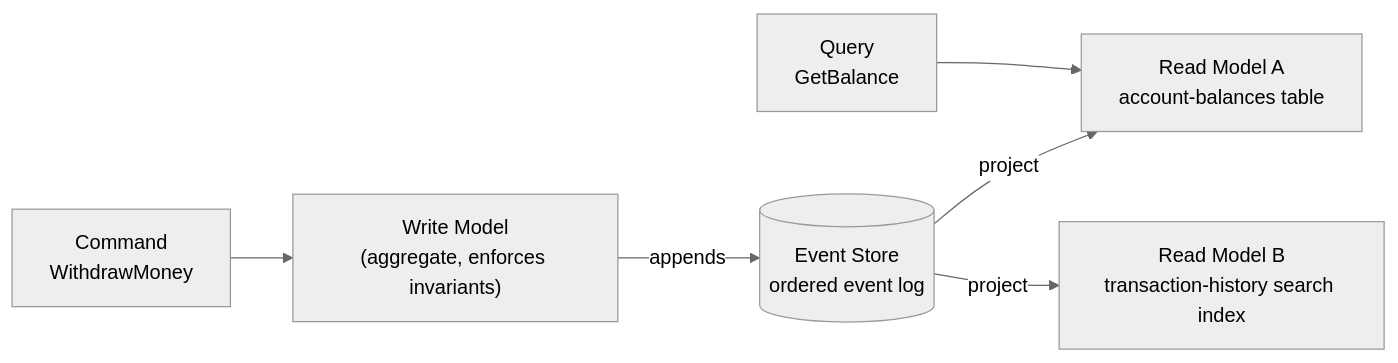
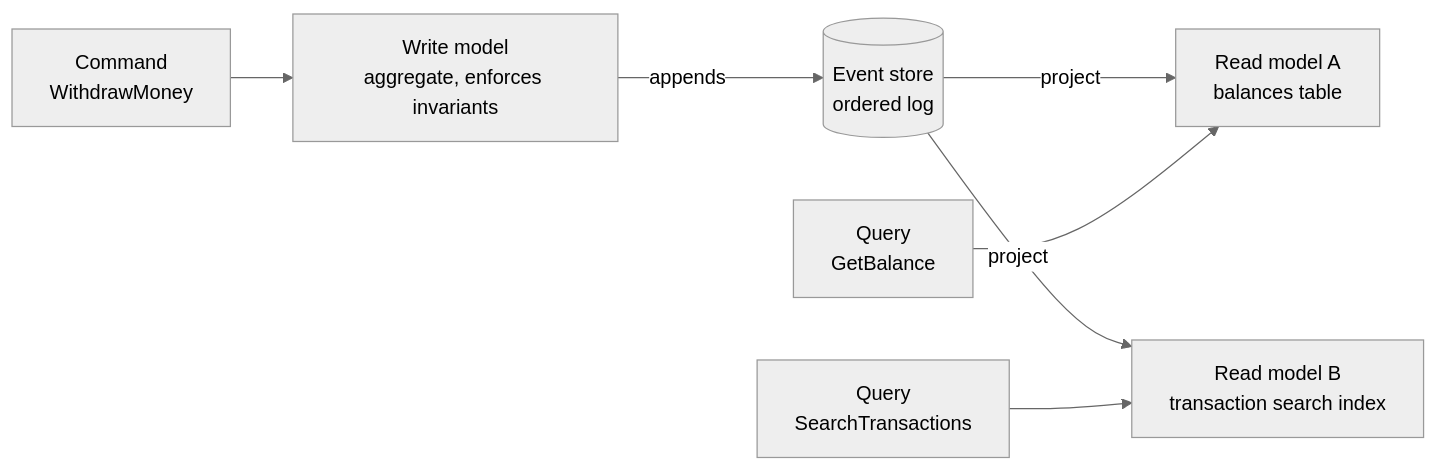
The first of 7 diagrams in github-pages/docs/event-driven/patterns.md (AndrewAltimit/Documentation), drawn with Mermaid (neutral theme) before and after one commit. The commit also changed other lines of this file and 240 other files, not shown here.

````diff
--- a/github-pages/docs/event-driven/patterns.md
+++ b/github-pages/docs/event-driven/patterns.md
@@ -126,8 +163,9 @@
 ```mermaid
 flowchart LR
-    Cmd["Command<br/>WithdrawMoney"] --> WM["Write Model<br/>(aggregate, enforces invariants)"]
-    WM -->|appends| ES[("Event Store<br/>ordered event log")]
-    ES -->|project| RM1["Read Model A<br/>account-balances table"]
-    ES -->|project| RM2["Read Model B<br/>transaction-history search index"]
+    Cmd["Command<br/>WithdrawMoney"] --> WM["Write model<br/>aggregate, enforces invariants"]
+    WM -->|appends| ES[("Event store<br/>ordered log")]
+    ES -->|project| RM1["Read model A<br/>balances table"]
+    ES -->|project| RM2["Read model B<br/>transaction search index"]
     Query["Query<br/>GetBalance"] --> RM1
+    Query2["Query<br/>SearchTransactions"] --> RM2
 ```
````
